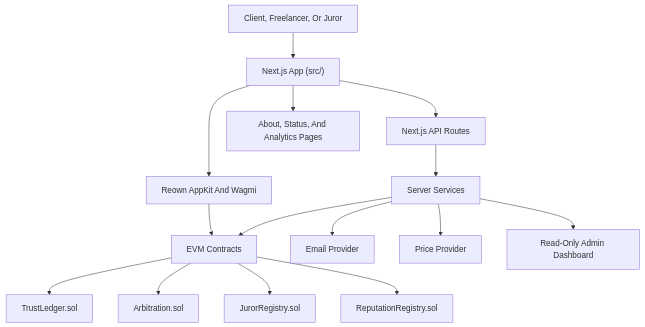
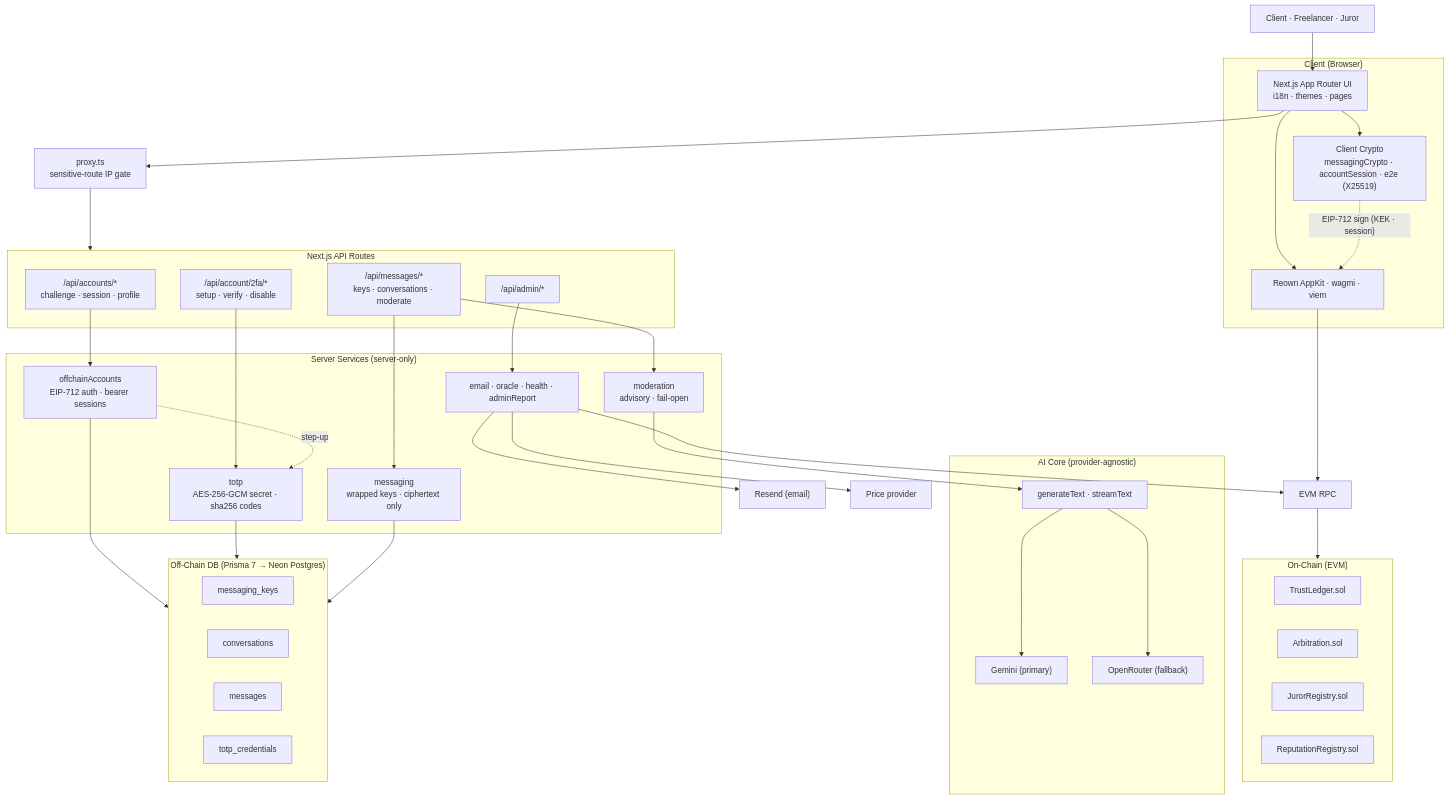
One commit to kevinle3212/TrustLedger changed the diagram in README.md. Above: the diagram before and after it, drawn with Mermaid. The commit also changed other lines of this file and 71 other files, not shown here.

First line of the commit message:
feat: encrypted messaging, totp 2fa, ai moderation, account sessions (#128)

````diff
--- a/README.md
+++ b/README.md
@@ -95,17 +95,71 @@
 ```mermaid
 flowchart TB
-    User["Client, Freelancer, Or Juror"] --> UI["Next.js App (src/)"]
-    UI --> Wallet["Reown AppKit And Wagmi"]
-    Wallet --> Chain["EVM Contracts"]
-    UI --> API["Next.js API Routes"]
-    UI --> About["About, Status, And Analytics Pages"]
-    API --> Services["Server Services"]
-    Services --> Email["Email Provider"]
-    Services --> Oracle["Price Provider"]
-    Services --> Admin["Read-Only Admin Dashboard"]
-    Services --> Chain
-    Chain --> TL["TrustLedger.sol"]
-    Chain --> ARB["Arbitration.sol"]
-    Chain --> JR["JurorRegistry.sol"]
-    Chain --> REP["ReputationRegistry.sol"]
+    User["Client · Freelancer · Juror"] --> UI
+
+    subgraph Client["Client (Browser)"]
+        UI["Next.js App Router UI<br/>i18n · themes · pages"]
+        CryptoC["Client Crypto<br/>messagingCrypto · accountSession · e2e (X25519)"]
+        Wallet["Reown AppKit · wagmi · viem"]
+    end
+
+    UI --> CryptoC
+    UI --> Wallet
+    CryptoC -. "EIP-712 sign (KEK · session)" .-> Wallet
+    Wallet --> Chain["EVM RPC"]
+
+    subgraph Onchain["On-Chain (EVM)"]
+        TL["TrustLedger.sol"]
+        ARB["Arbitration.sol"]
+        JR["JurorRegistry.sol"]
+        REP["ReputationRegistry.sol"]
+    end
+    Chain --> Onchain
+
+    UI --> Proxy["proxy.ts<br/>sensitive-route IP gate"]
+    Proxy --> API
+
+    subgraph API["Next.js API Routes"]
+        AAcc["/api/accounts/*<br/>challenge · session · profile"]
+        A2FA["/api/account/2fa/*<br/>setup · verify · disable"]
+        AMsg["/api/messages/*<br/>keys · conversations · moderate"]
+        AAdmin["/api/admin/*"]
+    end
+
+    subgraph Services["Server Services (server-only)"]
+        SAcc["offchainAccounts<br/>EIP-712 auth · bearer sessions"]
+        STotp["totp<br/>AES-256-GCM secret · sha256 codes"]
+        SMsg["messaging<br/>wrapped keys · ciphertext only"]
+        SMod["moderation<br/>advisory · fail-open"]
+        SInfra["email · oracle · health · adminReport"]
+    end
+
+    AAcc --> SAcc
+    A2FA --> STotp
+    AMsg --> SMsg
+    AMsg --> SMod
+    AAdmin --> SInfra
+    SAcc -. step-up .-> STotp
+
+    subgraph AICore["AI Core (provider-agnostic)"]
+        AIP["generateText · streamText"]
+        Gem["Gemini (primary)"]
+        ORouter["OpenRouter (fallback)"]
+        AIP --> Gem
+        AIP --> ORouter
+    end
+    SMod --> AIP
+
+    subgraph DB["Off-Chain DB (Prisma 7 → Neon Postgres)"]
+        T1["messaging_keys"]
+        T2["conversations"]
+        T3["messages"]
+        T4["totp_credentials"]
+    end
+    SAcc --> DB
+    STotp --> DB
+    SMsg --> DB
+
+    SInfra --> Email["Resend (email)"]
+    SInfra --> OracleP["Price provider"]
+    SInfra --> Chain
 ```
````
